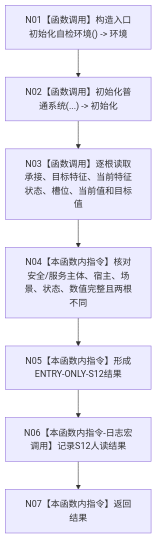
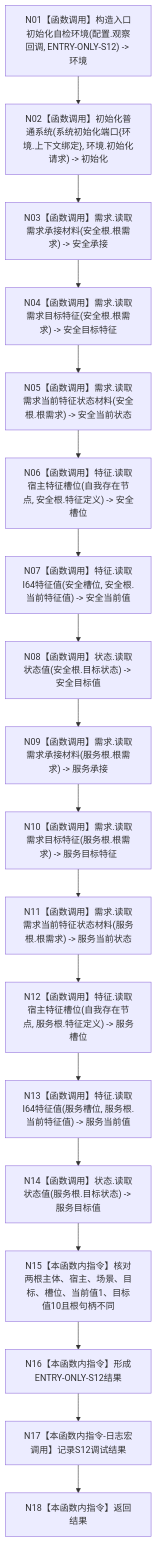
Before and after one commit to chunhaizh-cyber/HY-Ego: the diagram in 流程图/20260726_ENTRY-ONLY_S12_安全与服务根需求完整读回_施工流程图_v0.1.md, drawn with Mermaid. The commit also changed other lines of this file and 54 other files, not shown here.

Commit message:
修订 ENTRY-ONLY 入口职责设计包

````diff
--- a/流程图/20260726_ENTRY-ONLY_S12_安全与服务根需求完整读回_施工流程图_v0.1.md
+++ b/流程图/20260726_ENTRY-ONLY_S12_安全与服务根需求完整读回_施工流程图_v0.1.md
@@ -27,9 +27,20 @@
 ```mermaid
 flowchart TD
-    N01["N01【函数调用】构造入口初始化自检环境() -> 环境"] --> N02["N02【函数调用】初始化普通系统(...) -> 初始化"]
-    N02 --> N03["N03【函数调用】逐根读取承接、目标特征、当前特征状态、槽位、当前值和目标值"]
-    N03 --> N04["N04【本函数内指令】核对安全/服务主体、宿主、场景、状态、数值完整且两根不同"]
-    N04 --> N05["N05【本函数内指令】形成ENTRY-ONLY-S12结果"]
-    N05 --> N06["N06【本函数内指令-日志宏调用】记录S12人读结果"]
-    N06 --> N07["N07【本函数内指令】返回结果"]
+    N01["N01【函数调用】构造入口初始化自检环境(配置.观察回调, ENTRY-ONLY-S12) -> 环境"] --> N02["N02【函数调用】初始化普通系统(系统初始化端口{环境.上下文绑定}, 环境.初始化请求) -> 初始化"]
+    N02 --> N03["N03【函数调用】需求.读取需求承接材料(安全根.根需求) -> 安全承接"]
+    N03 --> N04["N04【函数调用】需求.读取需求目标特征(安全根.根需求) -> 安全目标特征"]
+    N04 --> N05["N05【函数调用】需求.读取需求当前特征状态材料(安全根.根需求) -> 安全当前状态"]
+    N05 --> N06["N06【函数调用】特征.读取宿主特征槽位(自我存在节点, 安全根.特征定义) -> 安全槽位"]
+    N06 --> N07["N07【函数调用】特征.读取I64特征值(安全槽位, 安全根.当前特征值) -> 安全当前值"]
+    N07 --> N08["N08【函数调用】状态.读取状态值(安全根.目标状态) -> 安全目标值"]
+    N08 --> N09["N09【函数调用】需求.读取需求承接材料(服务根.根需求) -> 服务承接"]
+    N09 --> N10["N10【函数调用】需求.读取需求目标特征(服务根.根需求) -> 服务目标特征"]
+    N10 --> N11["N11【函数调用】需求.读取需求当前特征状态材料(服务根.根需求) -> 服务当前状态"]
+    N11 --> N12["N12【函数调用】特征.读取宿主特征槽位(自我存在节点, 服务根.特征定义) -> 服务槽位"]
+    N12 --> N13["N13【函数调用】特征.读取I64特征值(服务槽位, 服务根.当前特征值) -> 服务当前值"]
+    N13 --> N14["N14【函数调用】状态.读取状态值(服务根.目标状态) -> 服务目标值"]
+    N14 --> N15["N15【本函数内指令】核对两根主体、宿主、场景、目标、槽位、当前值1、目标值10且根句柄不同"]
+    N15 --> N16["N16【本函数内指令】形成ENTRY-ONLY-S12结果"]
+    N16 --> N17["N17【本函数内指令-日志宏调用】记录S12调试结果"]
+    N17 --> N18["N18【本函数内指令】返回结果"]
 ```
````
